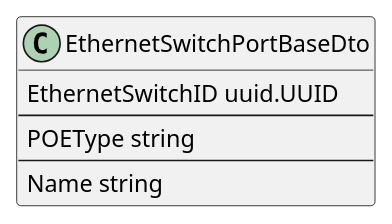
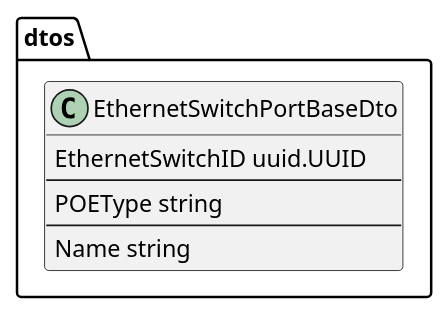
The diagram in docs/plantuml/dto/EthernetSwitchPort/EthernetSwitchPortBaseDto.puml (lf-edge/rol), drawn with PlantUML before and after one commit. The commit also changed 3 other files, not shown here.

Commit message:
docs: puml: add package info to ethernet switch port dtos

```diff
--- a/docs/plantuml/dto/EthernetSwitchPort/EthernetSwitchPortBaseDto.puml
+++ b/docs/plantuml/dto/EthernetSwitchPort/EthernetSwitchPortBaseDto.puml
@@ -1,11 +1,13 @@
 @startuml EthernetSwitchPortBaseDto
 
-class EthernetSwitchPortBaseDto {
-    EthernetSwitchID uuid.UUID
-    --
-    POEType string
-    --
-    Name string
+package dtos {
+    class EthernetSwitchPortBaseDto {
+        EthernetSwitchID uuid.UUID
+        --
+        POEType string
+        --
+        Name string
+    }
 }
 
 @enduml
```
